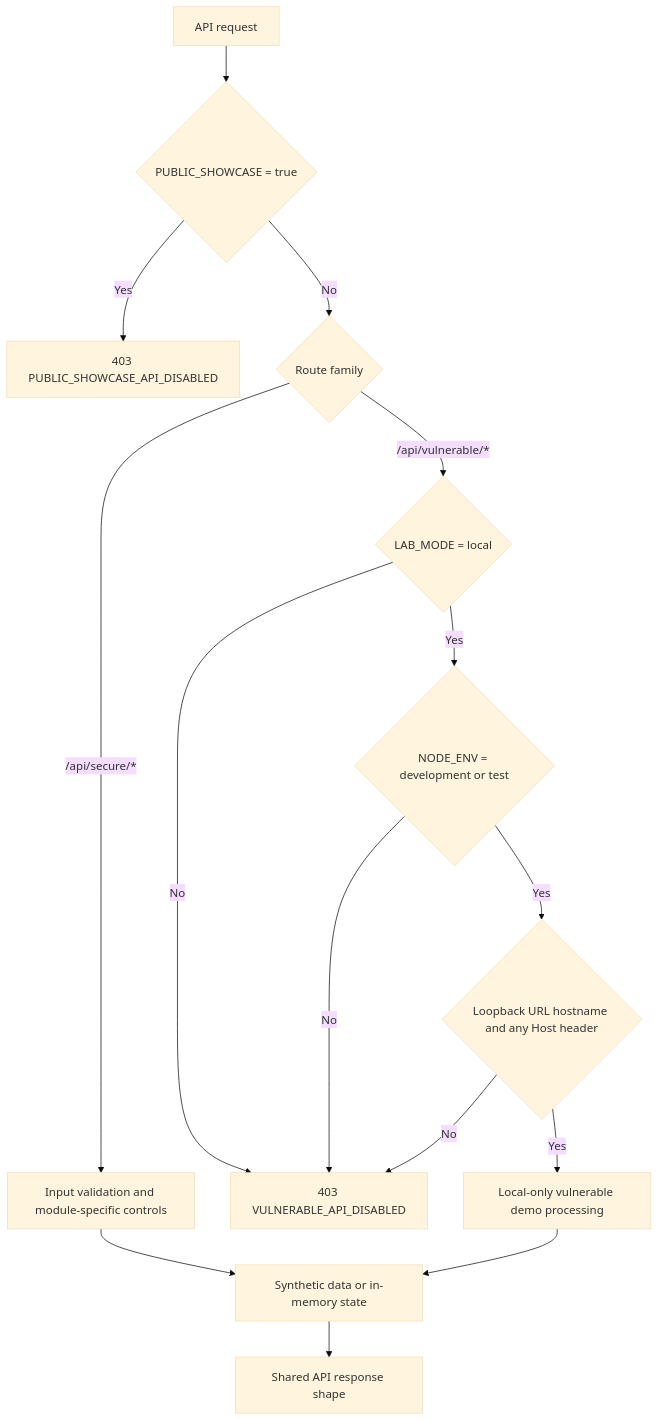
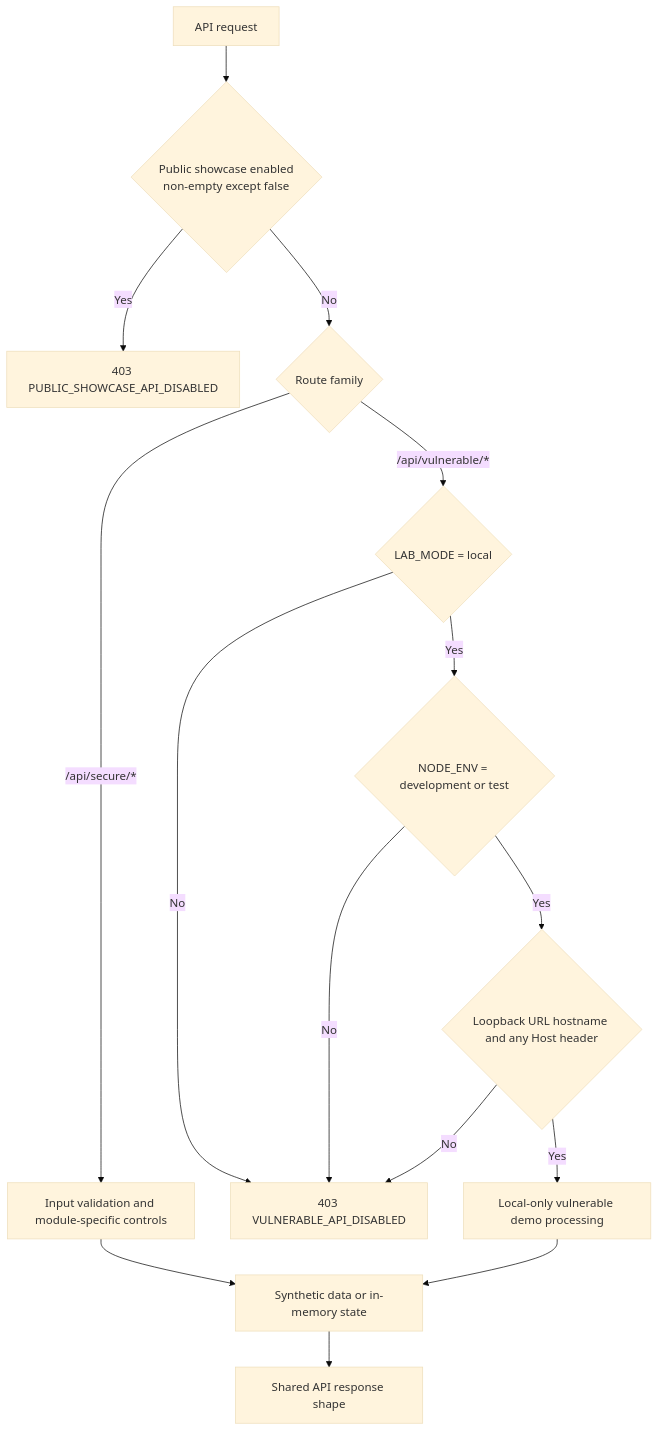
The fifth of 8 diagrams in docs/design.en.md (kiryu1211/api-security-lab-platform), drawn with Mermaid (base theme) before and after one commit. The commit also changed other lines of this file and 22 other files, not shown here.

````diff
--- a/docs/design.en.md
+++ b/docs/design.en.md
@@ -166,18 +167,18 @@
 ```mermaid
 flowchart TD
-    Request["API request"] --> PublicShowcase{"PUBLIC_SHOWCASE = true"}
+    Request["API request"] --> PublicShowcase{"Public showcase enabled<br/>non-empty except false"}
     PublicShowcase -- "Yes" --> PublicDisabled["403 PUBLIC_SHOWCASE_API_DISABLED"]
     PublicShowcase -- "No" --> Route{"Route family"}
     Route -- "/api/secure/*" --> SecureChecks["Input validation and module-specific controls"]
     SecureChecks --> SyntheticData["Synthetic data or in-memory state"]
     SyntheticData --> Response["Shared API response shape"]
 
     Route -- "/api/vulnerable/*" --> LocalMode{"LAB_MODE = local"}
     LocalMode -- "No" --> Disabled["403 VULNERABLE_API_DISABLED"]
     LocalMode -- "Yes" --> Runtime{"NODE_ENV = development or test"}
     Runtime -- "No" --> Disabled
     Runtime -- "Yes" --> Loopback{"Loopback URL hostname and any Host header"}
     Loopback -- "No" --> Disabled
     Loopback -- "Yes" --> VulnerableDemo["Local-only vulnerable demo processing"]
     VulnerableDemo --> SyntheticData
 ```
````
